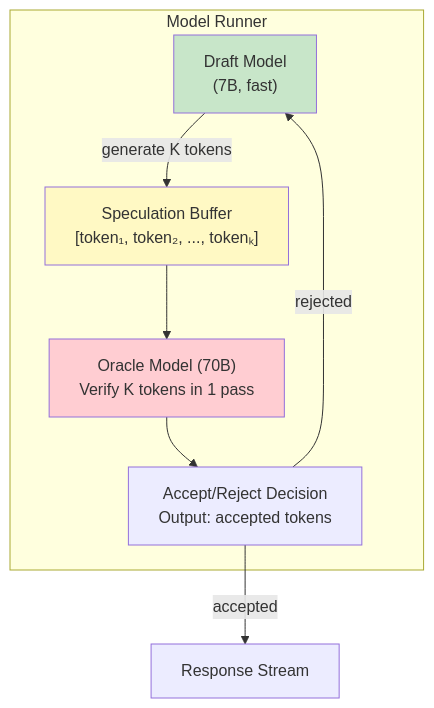
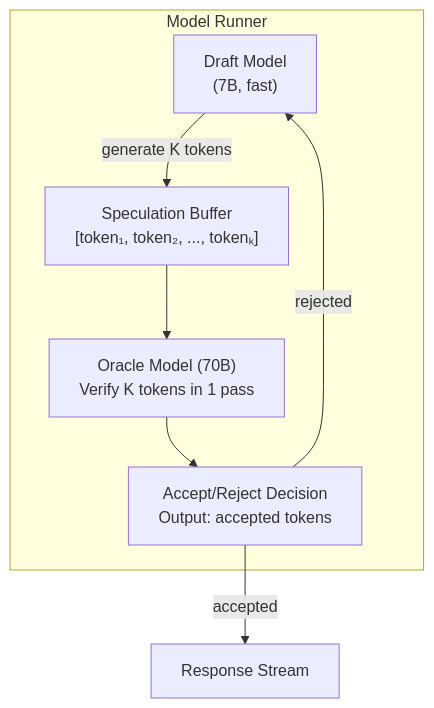
One commit to LatencyTDH/sample-architectural-designs changed the sixth of 24 diagrams in amazon-bedrock/DesignBedrock.md. Above: the diagram before and after it, drawn with Mermaid. The commit also changed other lines of this file, not shown here.

````diff
--- a/amazon-bedrock/DesignBedrock.md
+++ b/amazon-bedrock/DesignBedrock.md
@@ -1446,15 +1443,11 @@
     ```mermaid
     graph TD
         subgraph Runner["Model Runner"]
             Draft["Draft Model<br/>(7B, fast)"] -->|generate K tokens| Buffer["Speculation Buffer<br/>[token₁, token₂, ..., tokenₖ]"]
             Buffer --> Oracle["Oracle Model (70B)<br/>Verify K tokens in 1 pass"]
             Oracle --> Decision["Accept/Reject Decision<br/>Output: accepted tokens"]
         end
         
         Decision -->|accepted| Output[Response Stream]
         Decision -->|rejected| Draft
-        
-        style Draft fill:#c8e6c9
-        style Oracle fill:#ffcdd2
-        style Buffer fill:#fff9c4
     ```
````
